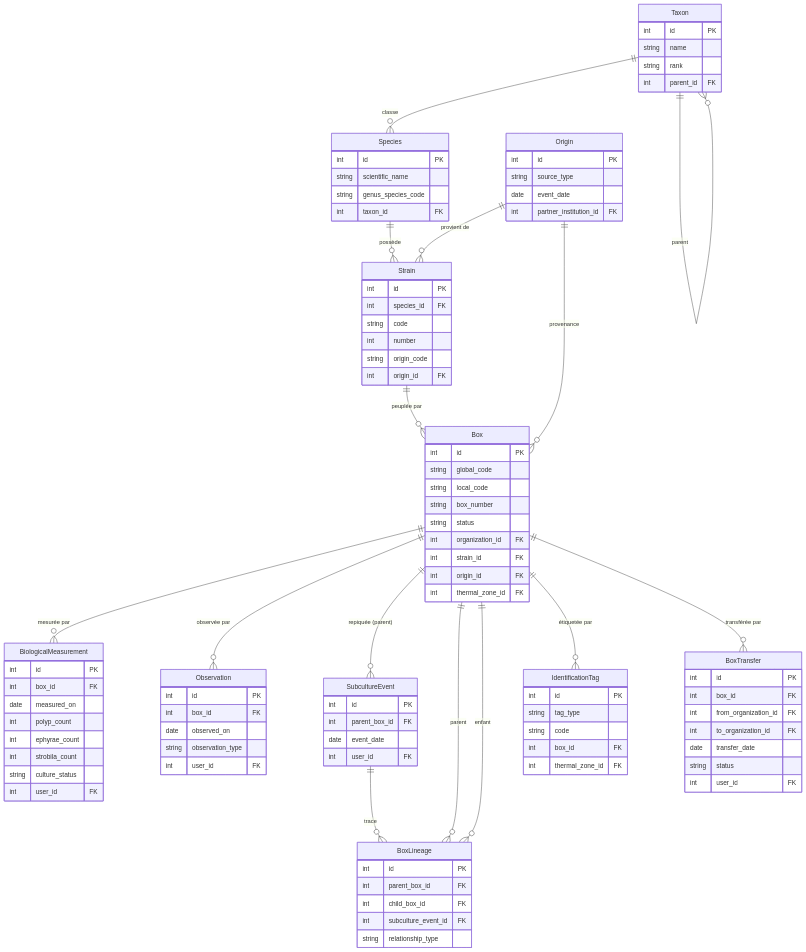
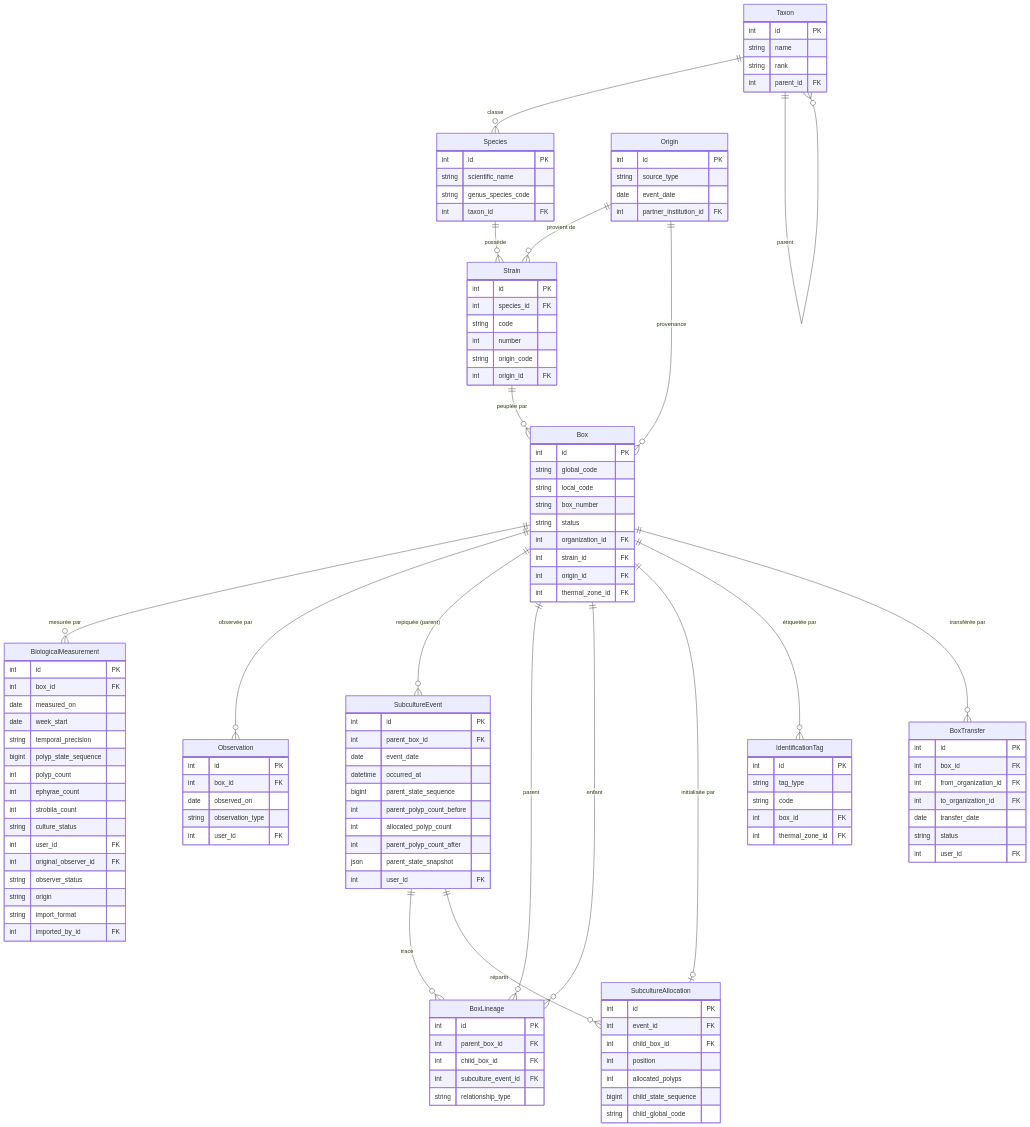
Before and after one commit to Anthony2210/POLYPBASE: the first of 3 diagrams in docs/mcd/schema_bdd.md, drawn with Mermaid. The commit also changed other lines of this file and 17 other files, not shown here.

```diff
--- a/docs/mcd/schema_bdd.md
+++ b/docs/mcd/schema_bdd.md
@@ -33,6 +36,8 @@
     Box ||--o{ BoxLineage : "parent"
     Box ||--o{ BoxLineage : "enfant"
     SubcultureEvent ||--o{ BoxLineage : "trace"
+    SubcultureEvent ||--o{ SubcultureAllocation : "répartit"
+    Box ||--o| SubcultureAllocation : "initialisée par"
     Box ||--o{ IdentificationTag : "étiquetée par"
     Box ||--o{ BoxTransfer : "transférée par"
 
@@ -77,11 +82,19 @@
         int id PK
         int box_id FK
         date measured_on
+        date week_start
+        string temporal_precision
+        bigint polyp_state_sequence
         int polyp_count
         int ephyrae_count
         int strobila_count
         string culture_status
         int user_id FK
+        int original_observer_id FK
+        string observer_status
+        string origin
+        string import_format
+        int imported_by_id FK
     }
     Observation {
         int id PK
@@ -94,7 +107,22 @@
         int id PK
         int parent_box_id FK
         date event_date
+        datetime occurred_at
+        bigint parent_state_sequence
+        int parent_polyp_count_before
+        int allocated_polyp_count
+        int parent_polyp_count_after
+        json parent_state_snapshot
         int user_id FK
+    }
+    SubcultureAllocation {
+        int id PK
+        int event_id FK
+        int child_box_id FK
+        int position
+        int allocated_polyps
+        bigint child_state_sequence
+        string child_global_code
     }
     BoxLineage {
         int id PK
```
